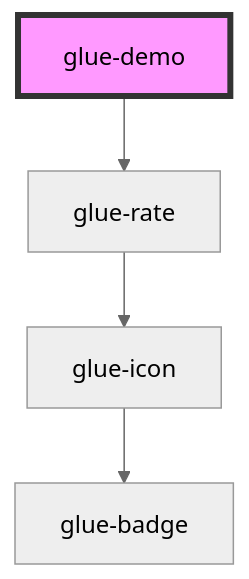
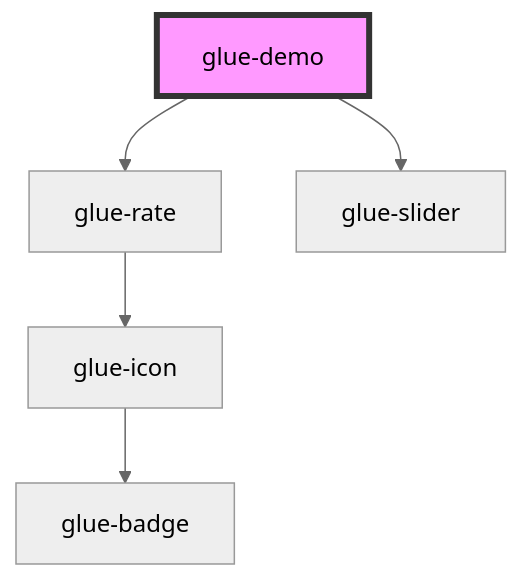
The diagram in packages/glue-components/src/components/glue-demo/readme.md (grasilife/glue), drawn with Mermaid (neutral theme) before and after one commit. The commit also changed other lines of this file and 12 other files, not shown here.

````diff
--- a/packages/glue-components/src/components/glue-demo/readme.md
+++ b/packages/glue-components/src/components/glue-demo/readme.md
@@ -15,7 +16,8 @@
 ```mermaid
 graph TD;
   glue-demo --> glue-rate
+  glue-demo --> glue-slider
   glue-rate --> glue-icon
   glue-icon --> glue-badge
   style glue-demo fill:#f9f,stroke:#333,stroke-width:4px
 ```
````
